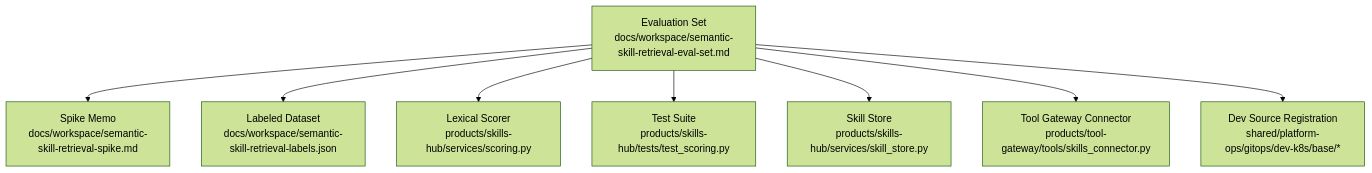
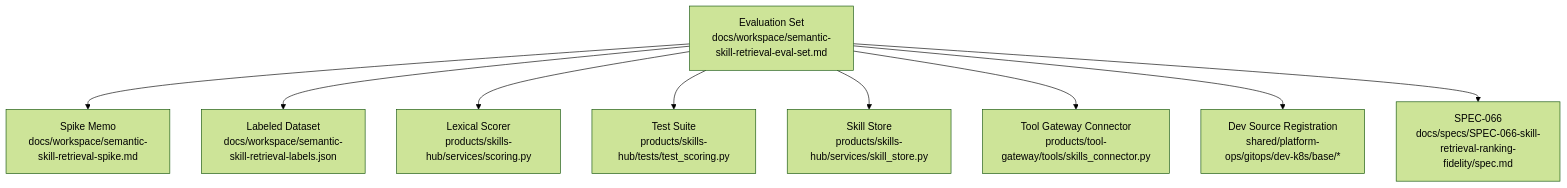
Before and after one commit to alainlei/luban-aiops: the first of 7 diagrams in .qoder/repowiki/en/content/Operator Portal/Workspace Management/Semantic Skill Retrieval Evaluation Set.md, drawn with Mermaid (forest theme). The commit also changed other lines of this file and 282 other files, not shown here.

````diff
--- a/.qoder/repowiki/en/content/Operator Portal/Workspace Management/Semantic Skill Retrieval Evaluation Set.md
+++ b/.qoder/repowiki/en/content/Operator Portal/Workspace Management/Semantic Skill Retrieval Evaluation Set.md
@@ -50,18 +51,20 @@
 ```mermaid
 graph TB
 Docs["Evaluation Set<br/>docs/workspace/semantic-skill-retrieval-eval-set.md"]
 Spike["Spike Memo<br/>docs/workspace/semantic-skill-retrieval-spike.md"]
 Labels["Labeled Dataset<br/>docs/workspace/semantic-skill-retrieval-labels.json"]
 Scorer["Lexical Scorer<br/>products/skills-hub/services/scoring.py"]
 TestSuite["Test Suite<br/>products/skills-hub/tests/test_scoring.py"]
 Store["Skill Store<br/>products/skills-hub/services/skill_store.py"]
 Tool["Tool Gateway Connector<br/>products/tool-gateway/tools/skills_connector.py"]
 Sources["Dev Source Registration<br/>shared/platform-ops/gitops/dev-k8s/base/*"]
+Spec["SPEC-066<br/>docs/specs/SPEC-066-skill-retrieval-ranking-fidelity/spec.md"]
 Docs --> Spike
 Docs --> Labels
 Docs --> Scorer
 Docs --> TestSuite
 Docs --> Store
 Docs --> Tool
 Docs --> Sources
+Docs --> Spec
 ```
````
